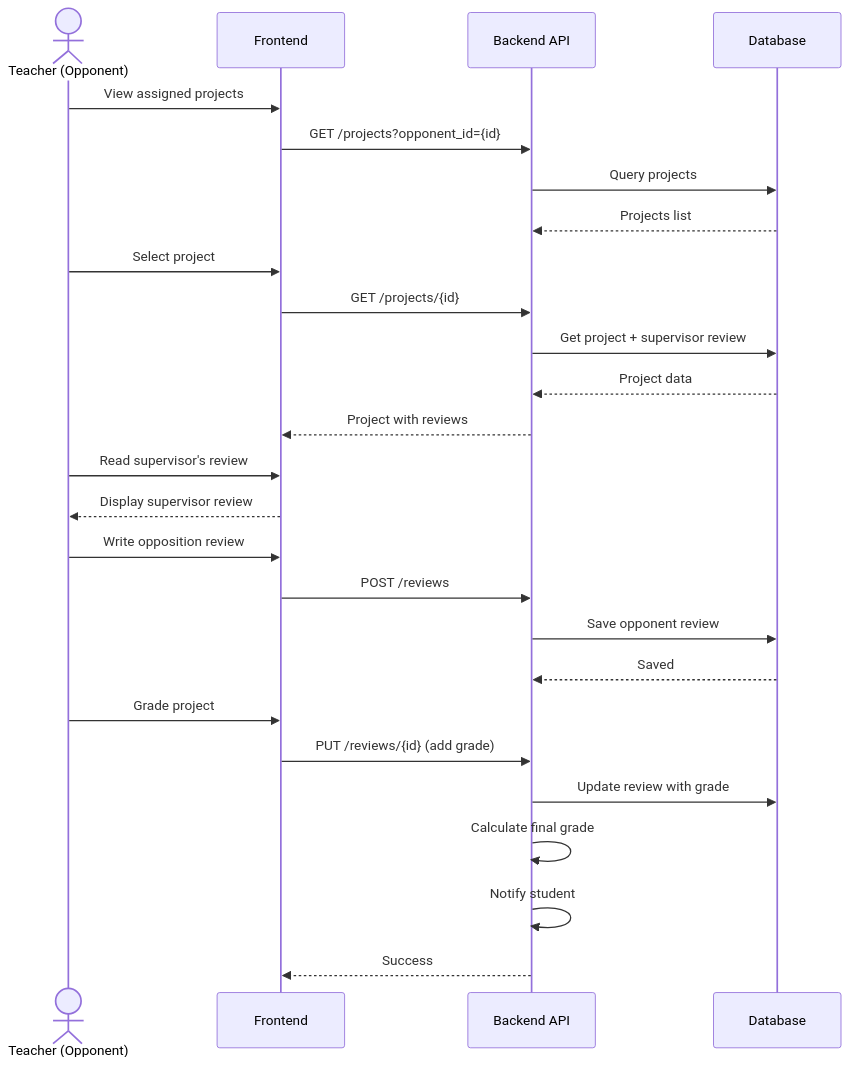
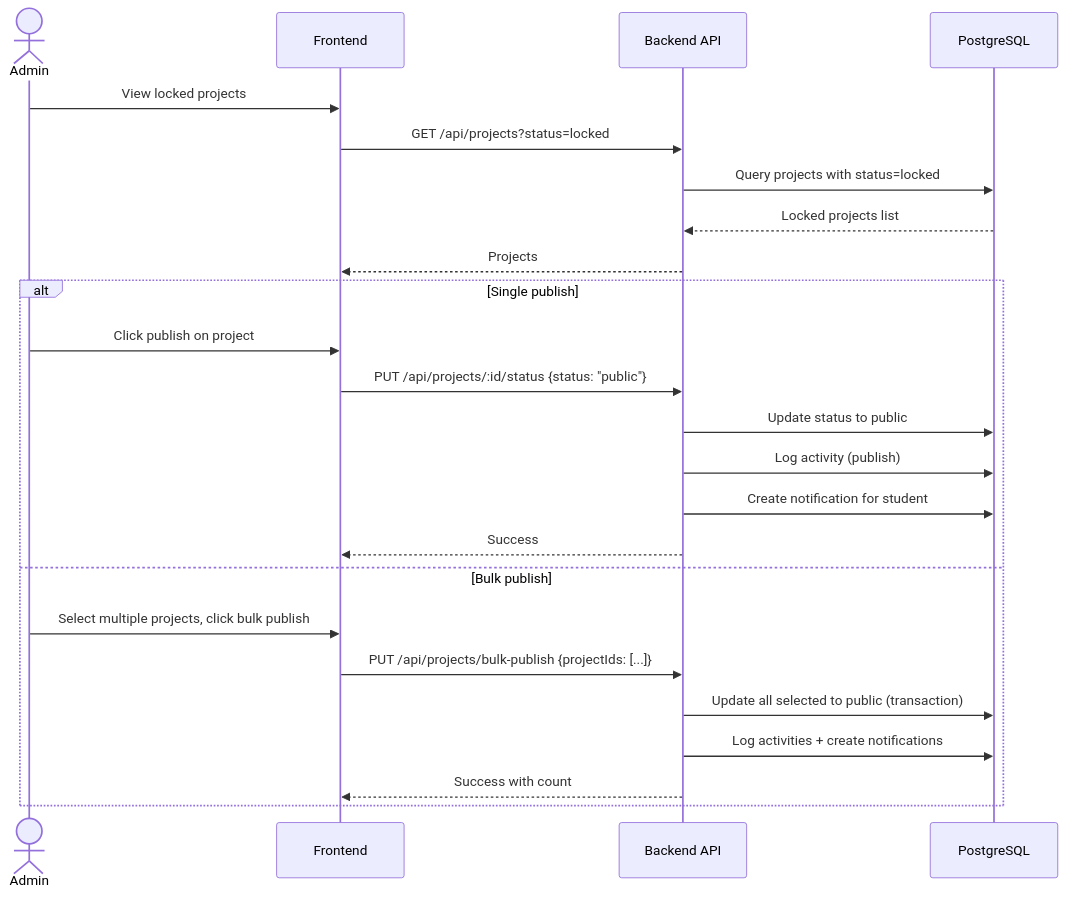
Before and after one commit to krxgq/SubmiTheses: diagram 11 of 14 in docs/uml-diagrams.md, drawn with Mermaid. The commit also changed other lines of this file and 21 other files, not shown here.

Commit message:
docs: update documentation and UML diagrams

````diff
--- a/docs/uml-diagrams.md
+++ b/docs/uml-diagrams.md
@@ -399,33 +678,28 @@
 ```mermaid
 sequenceDiagram
-    actor Opponent as Teacher (Opponent)
+    actor Admin
     participant UI as Frontend
     participant API as Backend API
-    participant DB as Database
+    participant DB as PostgreSQL
 
-    Opponent->>UI: View assigned projects
-    UI->>API: GET /projects?opponent_id={id}
-    API->>DB: Query projects
-    DB-->>API: Projects list
+    Admin->>UI: View locked projects
+    UI->>API: GET /api/projects?status=locked
+    API->>DB: Query projects with status=locked
+    DB-->>API: Locked projects list
+    API-->>UI: Projects
 
-    Opponent->>UI: Select project
-    UI->>API: GET /projects/{id}
-    API->>DB: Get project + supervisor review
-    DB-->>API: Project data
-    API-->>UI: Project with reviews
-
-    Opponent->>UI: Read supervisor's review
-    UI-->>Opponent: Display supervisor review
-
-    Opponent->>UI: Write opposition review
-    UI->>API: POST /reviews
-    API->>DB: Save opponent review
-    DB-->>API: Saved
-
-    Opponent->>UI: Grade project
-    UI->>API: PUT /reviews/{id} (add grade)
-    API->>DB: Update review with grade
-    API->>API: Calculate final grade
-    API->>API: Notify student
-    API-->>UI: Success
+    alt Single publish
+        Admin->>UI: Click publish on project
+        UI->>API: PUT /api/projects/:id/status {status: "public"}
+        API->>DB: Update status to public
+        API->>DB: Log activity (publish)
+        API->>DB: Create notification for student
+        API-->>UI: Success
+    else Bulk publish
+        Admin->>UI: Select multiple projects, click bulk publish
+        UI->>API: PUT /api/projects/bulk-publish {projectIds: [...]}
+        API->>DB: Update all selected to public (transaction)
+        API->>DB: Log activities + create notifications
+        API-->>UI: Success with count
+    end
 ```
````
